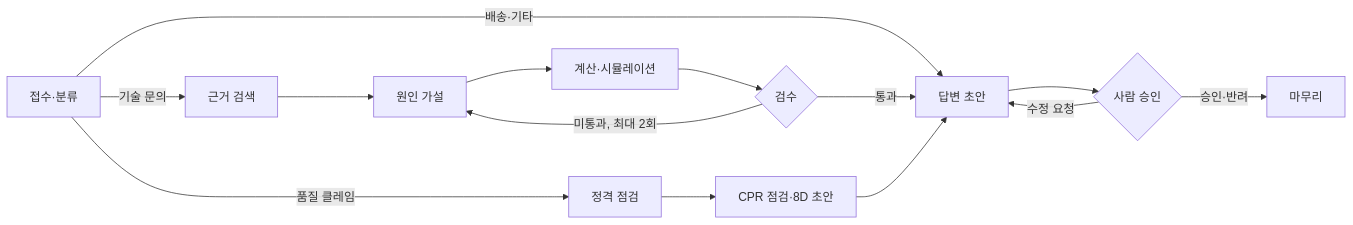
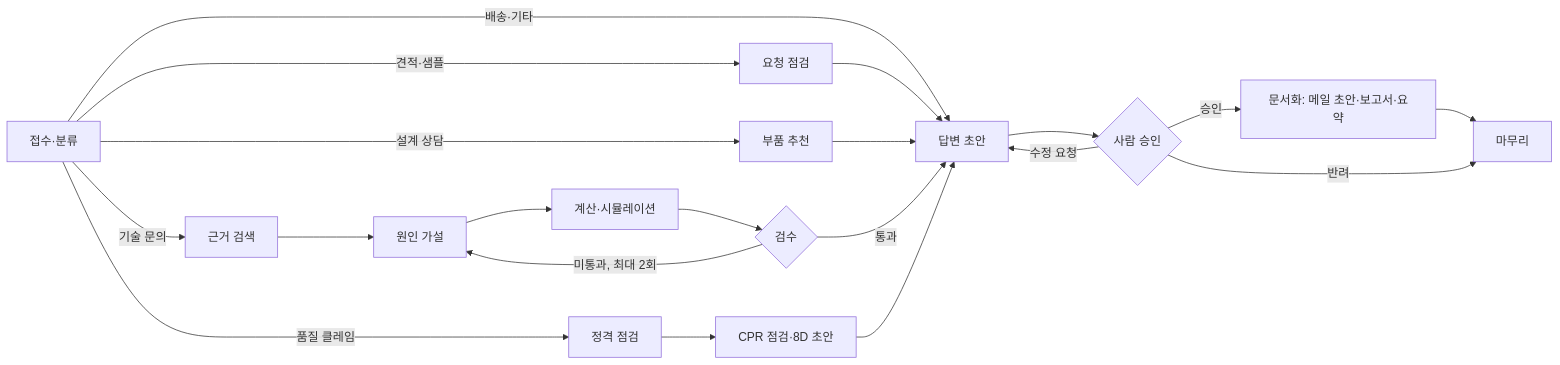
Before and after one commit to tjdgns8343-skn-family-ai-33/TI_AUTOMATION: the first of 2 diagrams in README.md, drawn with Mermaid. The commit also changed other lines of this file, not shown here.

First line of the commit message:
README 최신화: 영업 문의 경로, 승인 뒤 문서화, MCP 서버 3개, 최신 측정·수치 반영

````diff
--- a/README.md
+++ b/README.md
@@ -45,13 +56,16 @@
 ```mermaid
 flowchart LR
     A[접수·분류] -->|기술 문의| B[근거 검색]
     A -->|품질 클레임| R[정격 점검] --> C[CPR 점검·8D 초안]
     A -->|배송·기타| F[답변 초안]
+    A -->|견적·샘플| S[요청 점검] --> F
+    A -->|설계 상담| P[부품 추천] --> F
     B --> D[원인 가설] --> E[계산·시뮬레이션] --> Q{검수}
     Q -->|미통과, 최대 2회| D
     Q -->|통과| F
     C --> F
     F --> H{사람 승인}
     H -->|수정 요청| F
-    H -->|승인·반려| Z[마무리]
+    H -->|승인| M[문서화: 메일 초안·보고서·요약] --> Z[마무리]
+    H -->|반려| Z
 ```
````
